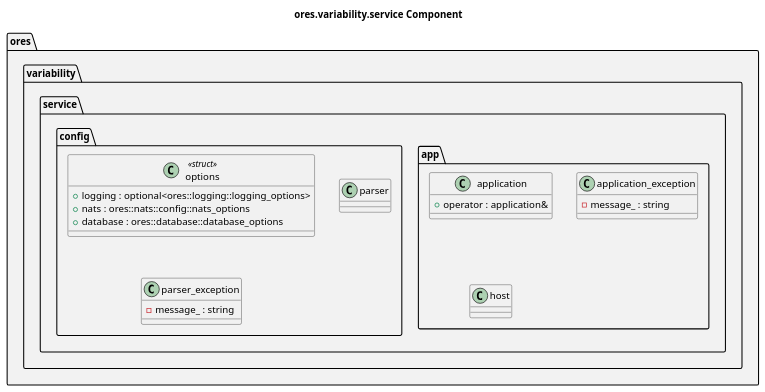
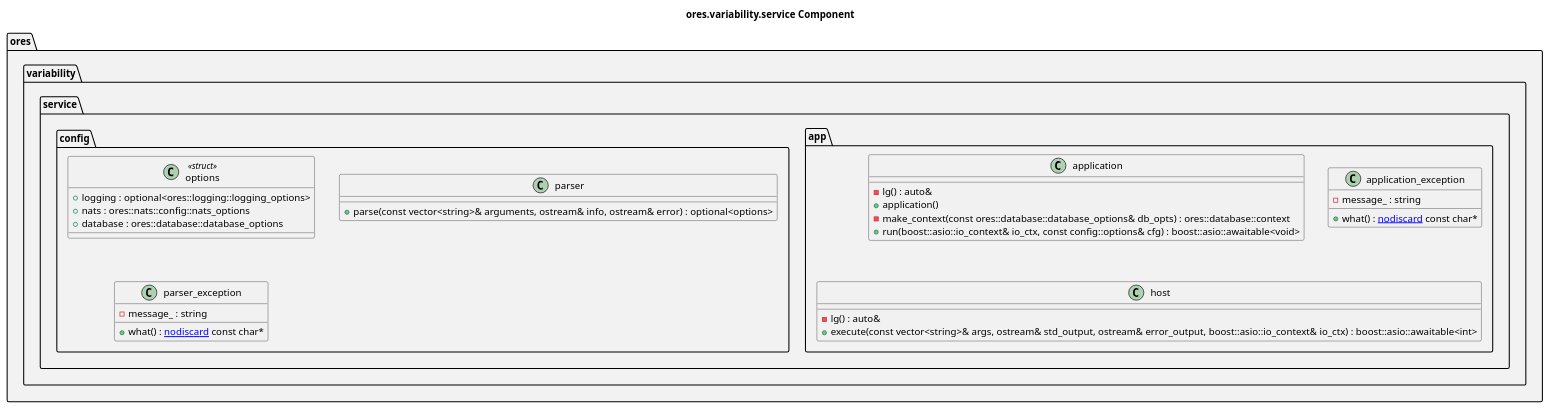
One commit to OreStudio/OreStudio changed the diagram in projects/ores.variability/service/modeling/ores.variability.service.puml. Above: the diagram before and after it, drawn with PlantUML. The commit also changed 19 other files, not shown here.

```diff
--- a/projects/ores.variability/service/modeling/ores.variability.service.puml
+++ b/projects/ores.variability/service/modeling/ores.variability.service.puml
@@ -18,41 +18,49 @@
 @startuml
 
 title ores.variability.service Component
 
 set namespaceSeparator ::
 
 namespace ores #F2F2F2 {
     namespace variability #F2F2F2 {
         namespace service #F2F2F2 {
             namespace app #F2F2F2 {
                 class application {
-                    +operator : application&
+                    -lg() : auto&
+                    +application()
+                    -make_context(const ores::database::database_options& db_opts) : ores::database::context
+                    +run(boost::asio::io_context& io_ctx, const config::options& cfg) : boost::asio::awaitable<void>
                 }
                 class application_exception {
                     -message_ : string
+                    +what() : [[nodiscard]] const char*
                 }
                 class host {
+                    -lg() : auto&
+                    +execute(const vector<string>& args, ostream& std_output, ostream& error_output, boost::asio::io_context& io_ctx) : boost::asio::awaitable<int>
                 }
             }
             namespace config #F2F2F2 {
                 class options <<struct>> {
                     +logging : optional<ores::logging::logging_options>
                     +nats : ores::nats::config::nats_options
                     +database : ores::database::database_options
                 }
                 class parser {
+                    +parse(const vector<string>& arguments, ostream& info, ostream& error) : optional<options>
                 }
                 class parser_exception {
                     -message_ : string
+                    +what() : [[nodiscard]] const char*
                 }
             }
         }
     }
 }
 
 ' --- manual: everything below this line is hand-authored; the script preserves it ---
 
 ' Local Variables:
 ' compile-command: "java -Djava.awt.headless=true -DPLANTUML_SECURITY_PROFILE=UNSECURE -DPLANTUML_LIMIT_SIZE=65535 -jar /usr/share/plantuml/plantuml.jar ores.variability.service.puml"
 ' End:
 @enduml
```
